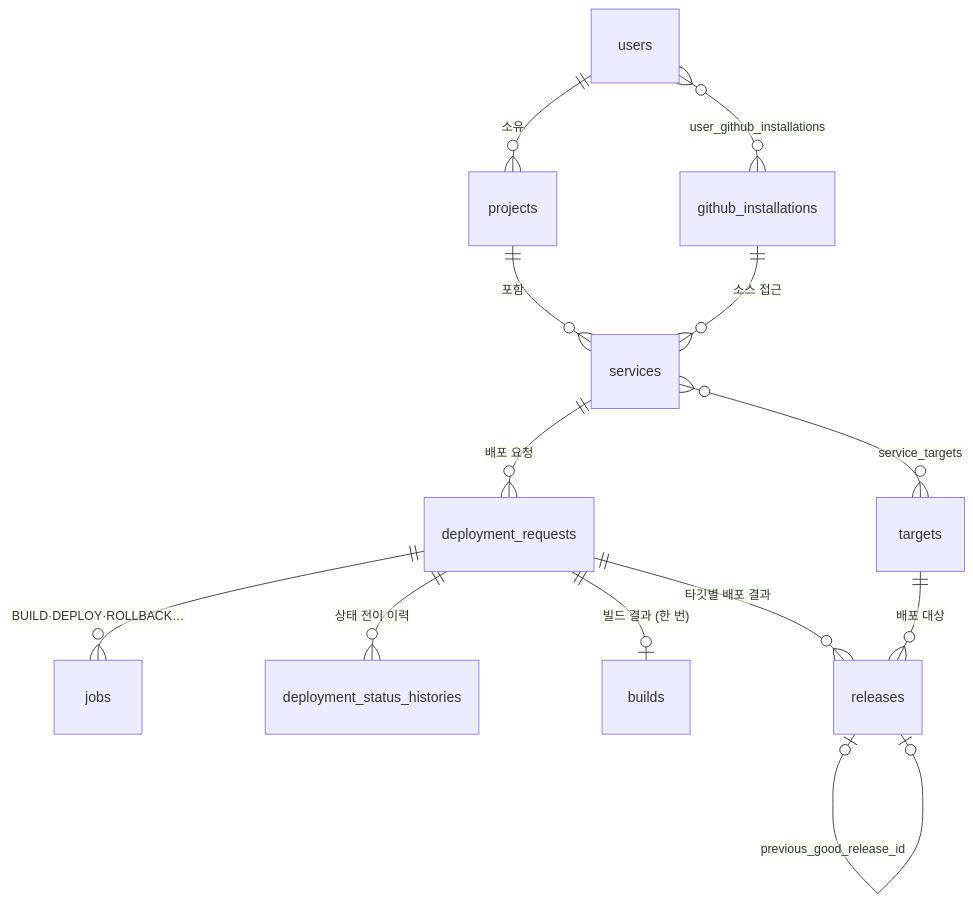
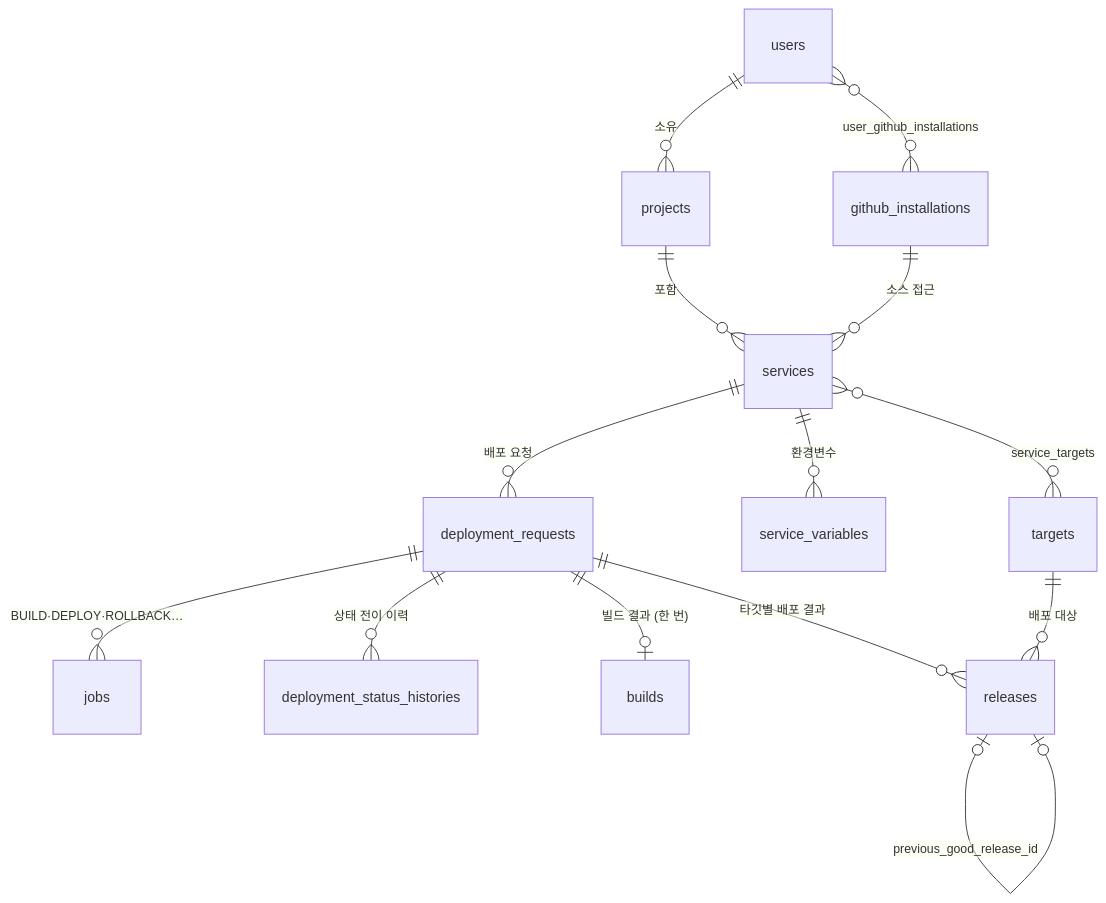
The diagram in .claude/rules/term-dictionary.md (2026-softbank-1/iris-was), drawn with Mermaid before and after one commit. The commit also changed other lines of this file and 40 other files, not shown here.

````diff
--- a/.claude/rules/term-dictionary.md
+++ b/.claude/rules/term-dictionary.md
@@ -44,15 +44,16 @@
 ```mermaid
 erDiagram
   users ||--o{ projects : "소유"
   users }o--o{ github_installations : "user_github_installations"
   projects ||--o{ services : "포함"
   github_installations ||--o{ services : "소스 접근"
   services }o--o{ targets : "service_targets"
+  services ||--o{ service_variables : "환경변수"
   services ||--o{ deployment_requests : "배포 요청"
   deployment_requests ||--o{ jobs : "BUILD·DEPLOY·ROLLBACK…"
   deployment_requests ||--o{ deployment_status_histories : "상태 전이 이력"
   deployment_requests ||--o| builds : "빌드 결과 (한 번)"
   deployment_requests ||--o{ releases : "타깃별 배포 결과"
   targets ||--o{ releases : "배포 대상"
   releases |o--o| releases : "previous_good_release_id"
 ```
````
